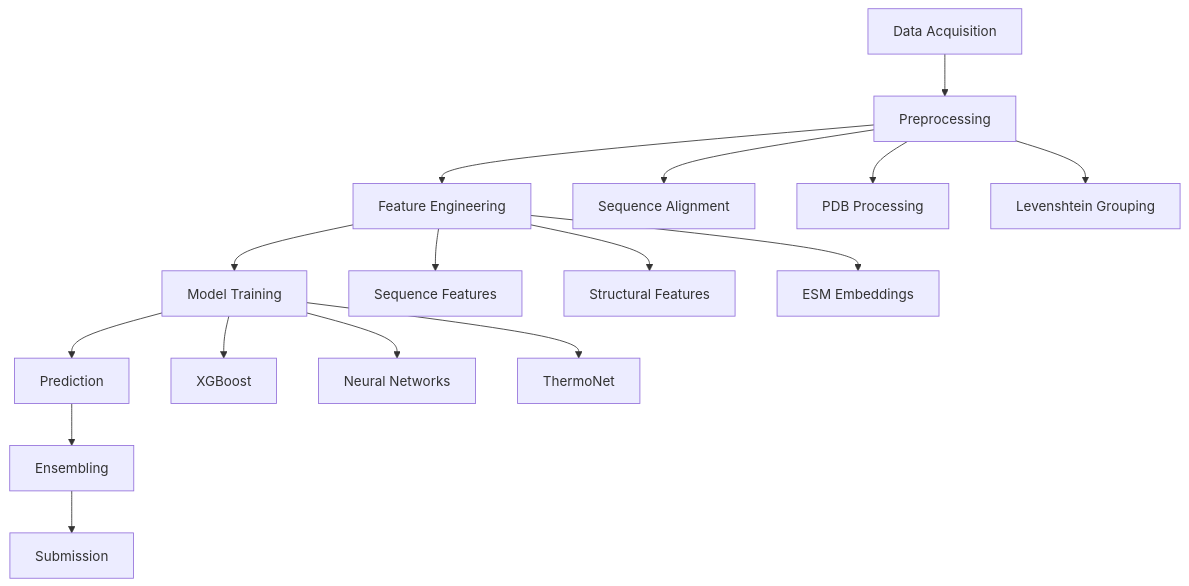
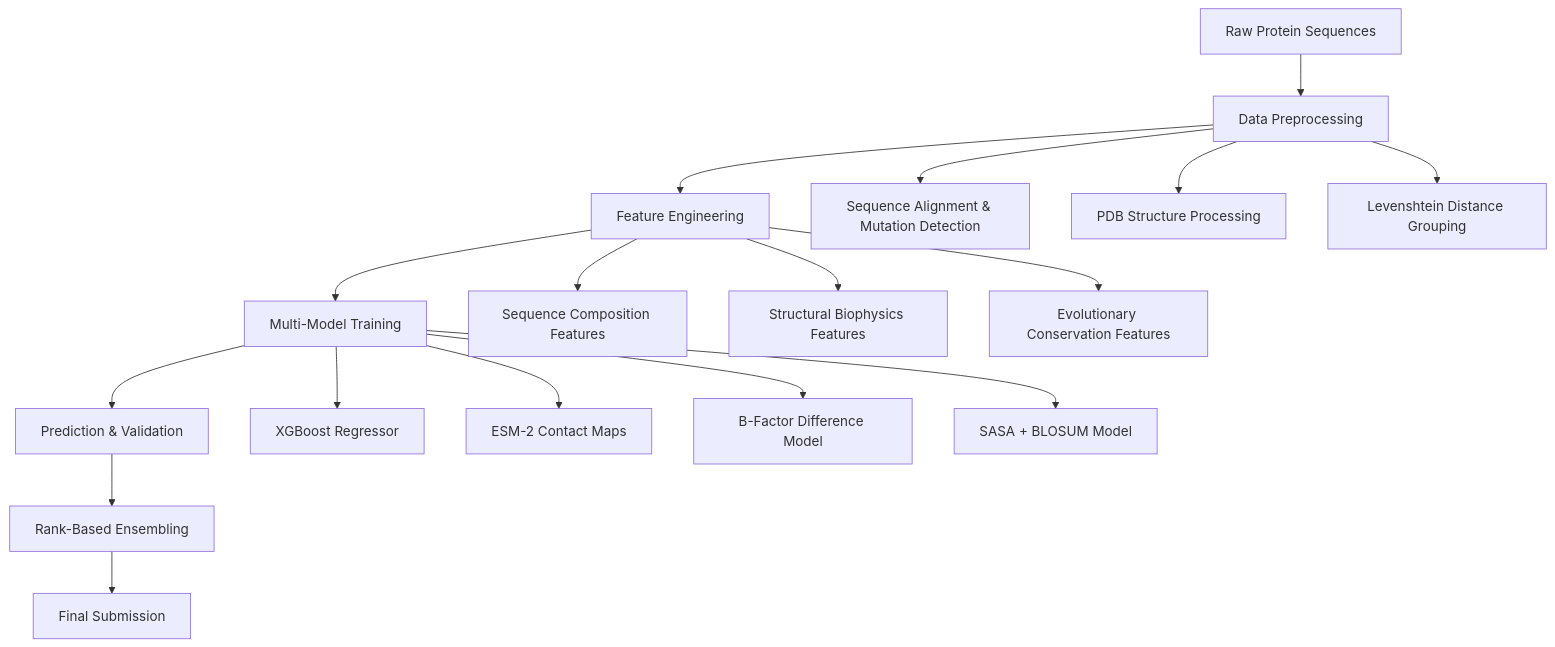
One commit to cw0508/Novozymes-Enzyme-Stability-Prediction changed the diagram in REPORT.md. Above: the diagram before and after it, drawn with Mermaid. The commit also changed other lines of this file, not shown here.

````diff
--- a/REPORT.md
+++ b/REPORT.md
@@ -39,22 +45,23 @@
 ```mermaid
 graph TD
-    A[Data Acquisition] --> B[Preprocessing];
+    A[Raw Protein Sequences] --> B[Data Preprocessing];
     B --> C[Feature Engineering];
-    C --> D[Model Training];
-    D --> E[Prediction];
-    E --> F[Ensembling];
-    F --> G[Submission];
+    C --> D[Multi-Model Training];
+    D --> E[Prediction & Validation];
+    E --> F[Rank-Based Ensembling];
+    F --> G[Final Submission];
     
-    B --> B1[Sequence Alignment];
-    B --> B2[PDB Processing];
-    B --> B3[Levenshtein Grouping];
+    B --> B1[Sequence Alignment & Mutation Detection];
+    B --> B2[PDB Structure Processing];
+    B --> B3[Levenshtein Distance Grouping];
     
-    C --> C1[Sequence Features];
-    C --> C2[Structural Features];
-    C --> C3[ESM Embeddings];
+    C --> C1[Sequence Composition Features];
+    C --> C2[Structural Biophysics Features];
+    C --> C3[Evolutionary Conservation Features];
     
-    D --> D1[XGBoost];
-    D --> D2[Neural Networks];
-    D --> D3[ThermoNet];
+    D --> D1[XGBoost Regressor];
+    D --> D2[ESM-2 Contact Maps];
+    D --> D3[B-Factor Difference Model];
+    D --> D4[SASA + BLOSUM Model];
 
 ```
````
